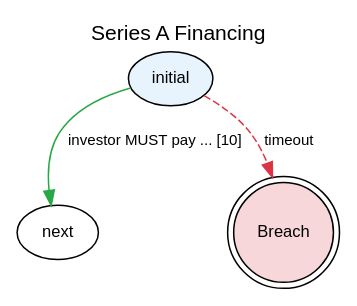
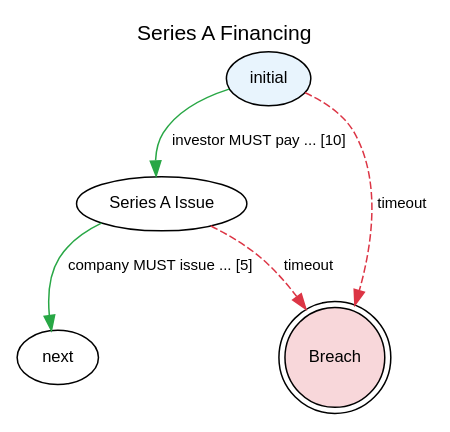
One commit to legalese/l4-ide changed the diagram in jl4/examples/state-graphs/SeriesAFinancing.dot. Above: the diagram before and after it, drawn with Graphviz. The commit also changed 35 other files, not shown here.

First line of the commit message:
state-graphs: regenerate every diagram against unstable e2f4a71f (post #395/#399/#401/#407/#411/#412)

```diff
--- a/jl4/examples/state-graphs/SeriesAFinancing.dot
+++ b/jl4/examples/state-graphs/SeriesAFinancing.dot
@@ -1,32 +1,43 @@
 digraph {
     graph [rankdir=TB
           ,label="Series A Financing"
           ,labelloc=t
           ,fontname=Helvetica
           ,fontsize=14];
     node [fontname=Helvetica
          ,fontsize=11];
     edge [fontname=Helvetica
          ,fontsize=10];
     0 [label=initial
       ,fillcolor=white
       ,style=filled
       ,shape=ellipse
       ,fillcolor="#e8f4fd"];
-    1 [label=next
+    1 [label="Series A Issue"
       ,fillcolor=white
       ,style=filled
       ,shape=ellipse
       ,fillcolor="#ffffff"];
-    2 [label=Breach
+    2 [label=next
+      ,fillcolor=white
+      ,style=filled
+      ,shape=ellipse
+      ,fillcolor="#ffffff"];
+    3 [label=Breach
       ,fillcolor=white
       ,style=filled
       ,shape=doublecircle
       ,fillcolor="#f8d7da"];
     0 -> 1 [label="investor MUST pay ... [10]"
            ,color="#28a745"
            ,style=solid];
-    0 -> 2 [label=timeout
+    0 -> 3 [label=timeout
+           ,color="#dc3545"
+           ,style=dashed];
+    1 -> 2 [label="company MUST issue ... [5]"
+           ,color="#28a745"
+           ,style=solid];
+    1 -> 3 [label=timeout
            ,color="#dc3545"
            ,style=dashed];
 }
```
